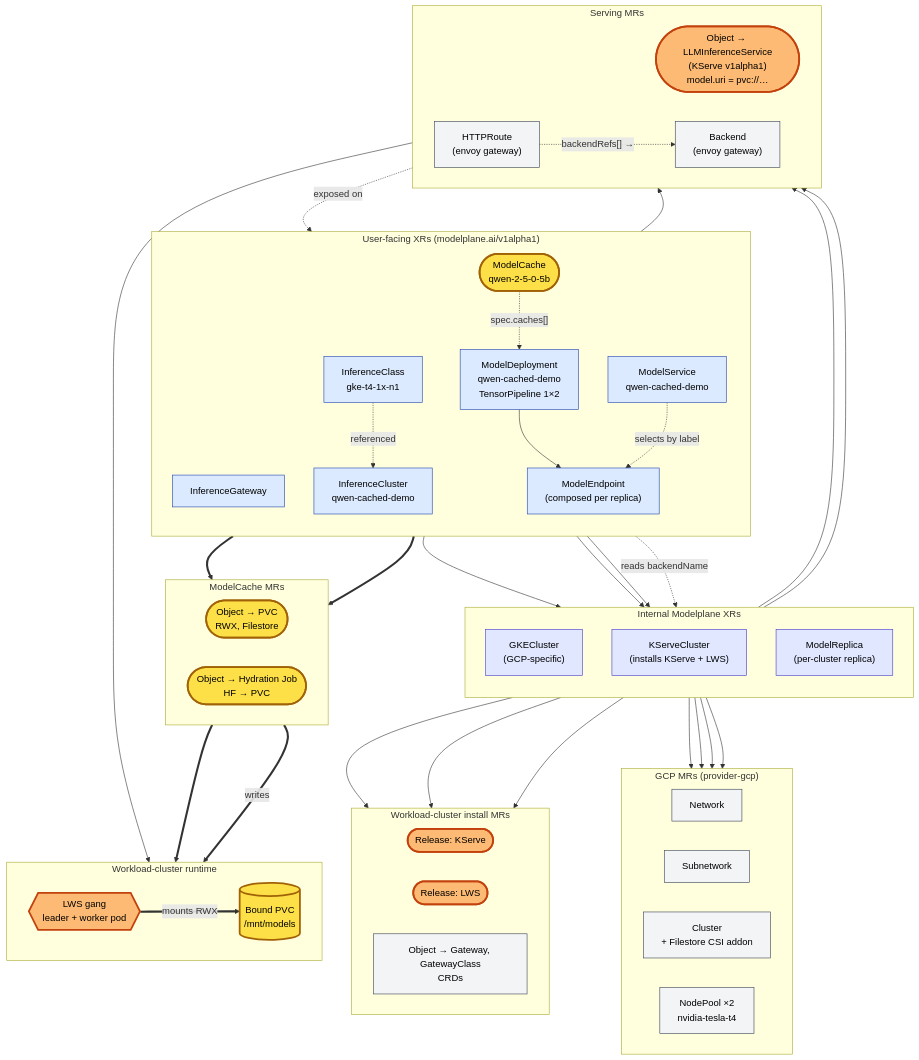
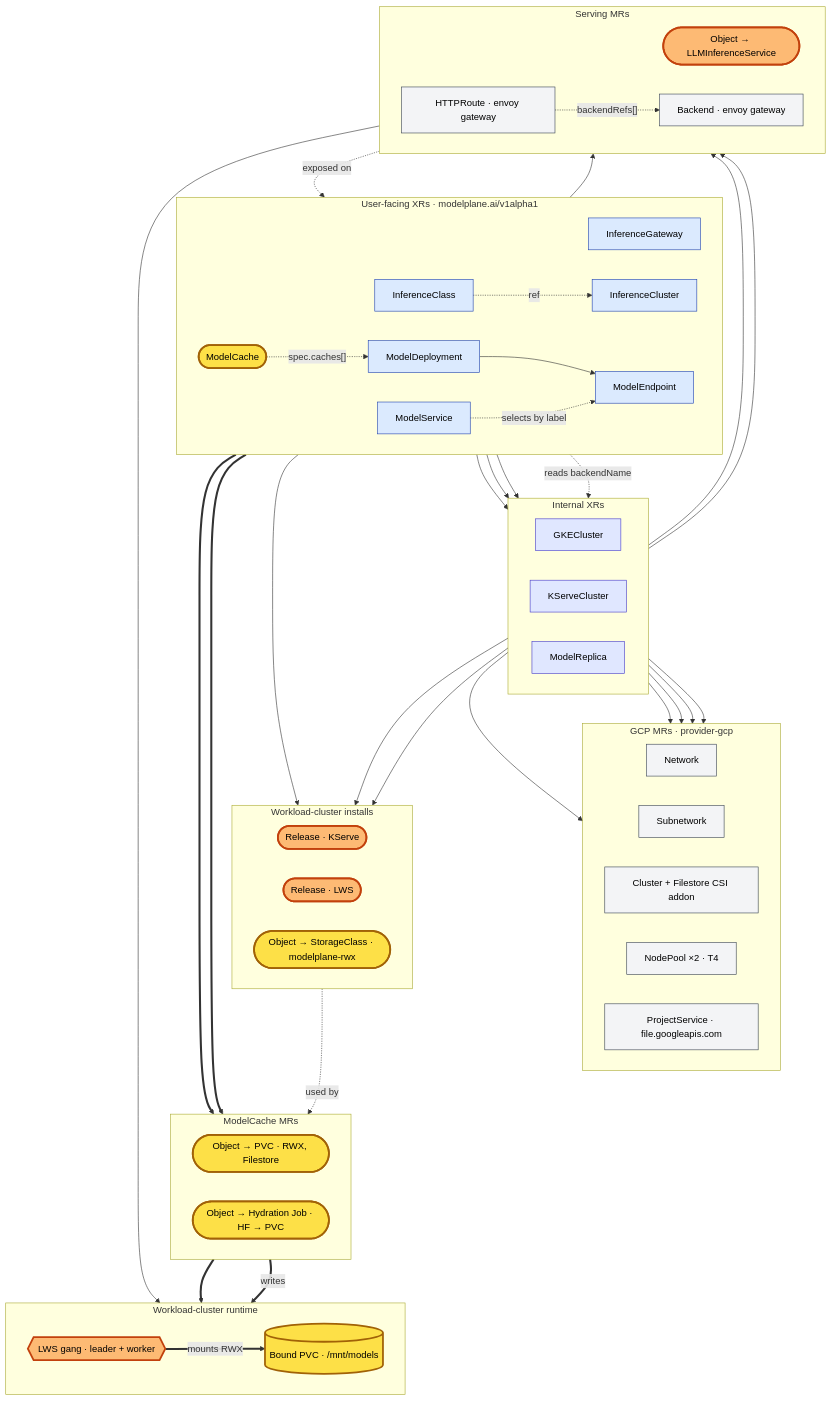
Before and after one commit to modelplaneai/modelplane: the diagram in examples/qwen-cached-demo/TOPOLOGY.md, drawn with Mermaid. The commit also changed other lines of this file, not shown here.

Commit message:
Tighten topology diagram: add SC + ProjectService, drop noise
Add the workload-cluster StorageClass MR (composed by compose-
inference-cluster from the cluster's VPC) and the ProjectService
MR (auto-enables file.googleapis.com) so the diagram reflects
what's actually composed on this branch.

Tighten labels (replace verbose multi-line node text with single
descriptors), trim subgraph headers, and reorganise the prose
around three things: the yellow path, the orange band, and what
changed in this PR. Removes the legend table — color semantics
are now stated up front and reinforced inline.

````diff
--- a/examples/qwen-cached-demo/TOPOLOGY.md
+++ b/examples/qwen-cached-demo/TOPOLOGY.md
@@ -5,101 +8,104 @@
 ```mermaid
 flowchart TB
-  classDef cache    fill:#fde047,stroke:#a16207,stroke-width:3px,color:#000
-  classDef swap     fill:#fdba74,stroke:#c2410c,stroke-width:3px,color:#000
-  classDef xr       fill:#dbeafe,stroke:#1e40af,color:#000
-  classDef intxr    fill:#e0e7ff,stroke:#4338ca,color:#000
-  classDef mr       fill:#f3f4f6,stroke:#374151,color:#000
-  classDef rt       fill:#dcfce7,stroke:#15803d,color:#000
+  classDef cache  fill:#fde047,stroke:#a16207,stroke-width:3px,color:#000
+  classDef swap   fill:#fdba74,stroke:#c2410c,stroke-width:3px,color:#000
+  classDef xr     fill:#dbeafe,stroke:#1e40af,color:#000
+  classDef intxr  fill:#e0e7ff,stroke:#4338ca,color:#000
+  classDef mr     fill:#f3f4f6,stroke:#374151,color:#000
+  classDef rt     fill:#dcfce7,stroke:#15803d,color:#000
 
-  %% ─── User-facing XRs (modelplane.ai/v1alpha1) ────────────────────────
-  subgraph USER["User-facing XRs (modelplane.ai/v1alpha1)"]
-    direction TB
-    IG["InferenceGateway"]:::xr
-    ICL["InferenceClass<br/>gke-t4-1x-n1"]:::xr
-    IC["InferenceCluster<br/>qwen-cached-demo"]:::xr
-    MC(["ModelCache<br/>qwen-2-5-0-5b"]):::cache
-    MD["ModelDeployment<br/>qwen-cached-demo<br/>TensorPipeline 1×2"]:::xr
-    ME["ModelEndpoint<br/>(composed per replica)"]:::xr
-    MS["ModelService<br/>qwen-cached-demo"]:::xr
+  %% ─── User-facing XRs ─────────────────────────────────────────────
+  subgraph USER["User-facing XRs · modelplane.ai/v1alpha1"]
+    direction LR
+    IG[InferenceGateway]:::xr
+    ICL[InferenceClass]:::xr
+    IC[InferenceCluster]:::xr
+    MC([ModelCache]):::cache
+    MD[ModelDeployment]:::xr
+    ME[ModelEndpoint]:::xr
+    MS[ModelService]:::xr
   end
 
-  %% ─── Internal Modelplane XRs ────────────────────────────────────────
-  subgraph INTERNAL["Internal Modelplane XRs"]
-    direction TB
-    GKE["GKECluster<br/>(GCP-specific)"]:::intxr
-    KSC["KServeCluster<br/>(installs KServe + LWS)"]:::intxr
-    MR_REPLICA["ModelReplica<br/>(per-cluster replica)"]:::intxr
+  %% ─── Internal Modelplane XRs ────────────────────────────────────
+  subgraph INT["Internal XRs"]
+    direction LR
+    GKE[GKECluster]:::intxr
+    KSC[KServeCluster]:::intxr
+    MRL[ModelReplica]:::intxr
   end
 
-  %% ─── GCP MRs ────────────────────────────────────────────────────────
-  subgraph GCPMR["GCP MRs (provider-gcp)"]
+  %% ─── GCP infra MRs ──────────────────────────────────────────────
+  subgraph GCP["GCP MRs · provider-gcp"]
     direction LR
     NET[Network]:::mr
     SUB[Subnetwork]:::mr
-    CL["Cluster<br/>+ Filestore CSI addon"]:::mr
-    NP["NodePool ×2<br/>nvidia-tesla-t4"]:::mr
+    CL["Cluster + Filestore CSI addon"]:::mr
+    NP["NodePool ×2 · T4"]:::mr
+    PS["ProjectService · file.googleapis.com"]:::mr
   end
 
-  %% ─── Helm / k8s install MRs ─────────────────────────────────────────
-  subgraph PLATMR["Workload-cluster install MRs"]
+  %% ─── Workload-cluster install MRs ──────────────────────────────
+  subgraph INST["Workload-cluster installs"]
     direction LR
-    KSREL(["Release: KServe"]):::swap
-    LWSREL(["Release: LWS"]):::swap
-    KGW["Object → Gateway, GatewayClass<br/>CRDs"]:::mr
+    KSREL([Release · KServe]):::swap
+    LWSREL([Release · LWS]):::swap
+    SCMR([Object → StorageClass · modelplane-rwx]):::cache
   end
 
-  %% ─── ModelCache MRs (highlighted yellow) ─────────────────────────────
+  %% ─── ModelCache MRs ─────────────────────────────────────────────
   subgraph CACHEMR["ModelCache MRs"]
     direction LR
-    PVCMR(["Object → PVC<br/>RWX, Filestore"]):::cache
-    JOBMR(["Object → Hydration Job<br/>HF → PVC"]):::cache
+    PVCMR([Object → PVC · RWX, Filestore]):::cache
+    JOBMR([Object → Hydration Job · HF → PVC]):::cache
   end
 
-  %% ─── Serving MRs ────────────────────────────────────────────────────
-  subgraph WLMR["Serving MRs"]
+  %% ─── Serving MRs ────────────────────────────────────────────────
+  subgraph SERVE["Serving MRs"]
     direction LR
-    LIS(["Object → LLMInferenceService<br/>(KServe v1alpha1)<br/>model.uri = pvc://…"]):::swap
-    BE["Backend<br/>(envoy gateway)"]:::mr
-    HTR["HTTPRoute<br/>(envoy gateway)"]:::mr
+    LIS([Object → LLMInferenceService]):::swap
+    BE[Backend · envoy gateway]:::mr
+    HTR[HTTPRoute · envoy gateway]:::mr
   end
 
-  %% ─── Workload-cluster runtime ───────────────────────────────────────
-  subgraph RUNTIME["Workload-cluster runtime"]
+  %% ─── Workload-cluster runtime ───────────────────────────────────
+  subgraph RT["Workload-cluster runtime"]
     direction LR
-    GANG{{"LWS gang<br/>leader + worker pod"}}:::swap
-    PVCBOUND[("Bound PVC<br/>/mnt/models")]:::cache
+    GANG{{LWS gang · leader + worker}}:::swap
+    PVCBOUND[("Bound PVC · /mnt/models")]:::cache
   end
 
-  %% ─── Edges ──────────────────────────────────────────────────────────
+  %% ─── Cluster provisioning edges ────────────────────────────────
   IC --> GKE
   IC --> KSC
-  ICL -. referenced .-> IC
-
+  ICL -. ref .-> IC
   GKE --> NET
   GKE --> SUB
   GKE --> CL
   GKE --> NP
-
+  GKE --> PS
   KSC --> KSREL
   KSC --> LWSREL
-  KSC --> KGW
+  IC --> SCMR
 
+  %% ─── ModelCache path (yellow) ──────────────────────────────────
   MC ==> PVCMR
   MC ==> JOBMR
   PVCMR ==> PVCBOUND
   JOBMR == writes ==> PVCBOUND
+  SCMR -. used by .-> PVCMR
 
+  %% ─── Serving path ──────────────────────────────────────────────
   MC -. "spec.caches[]" .-> MD
-  MD --> MR_REPLICA
+  MD --> MRL
   MD --> ME
-  MR_REPLICA --> LIS
-  MR_REPLICA --> BE
-  ME -. "reads backendName" .-> MR_REPLICA
+  MRL --> LIS
+  MRL --> BE
+  ME -. reads backendName .-> MRL
   LIS --> GANG
-  GANG == "mounts RWX" ==> PVCBOUND
+  GANG == mounts RWX ==> PVCBOUND
 
-  MS -. "selects by label" .-> ME
+  MS -. selects by label .-> ME
   MS --> HTR
-  HTR -. "backendRefs[] → " .-> BE
-  HTR -. "exposed on" .-> IG
+  HTR -. backendRefs[] .-> BE
+  HTR -. exposed on .-> IG
 ```
````
